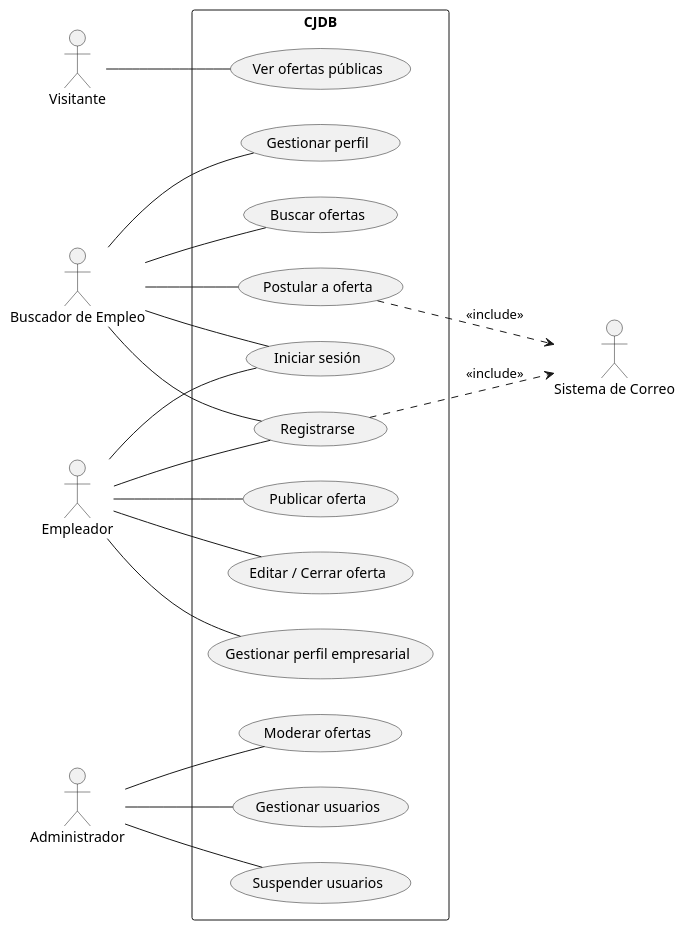
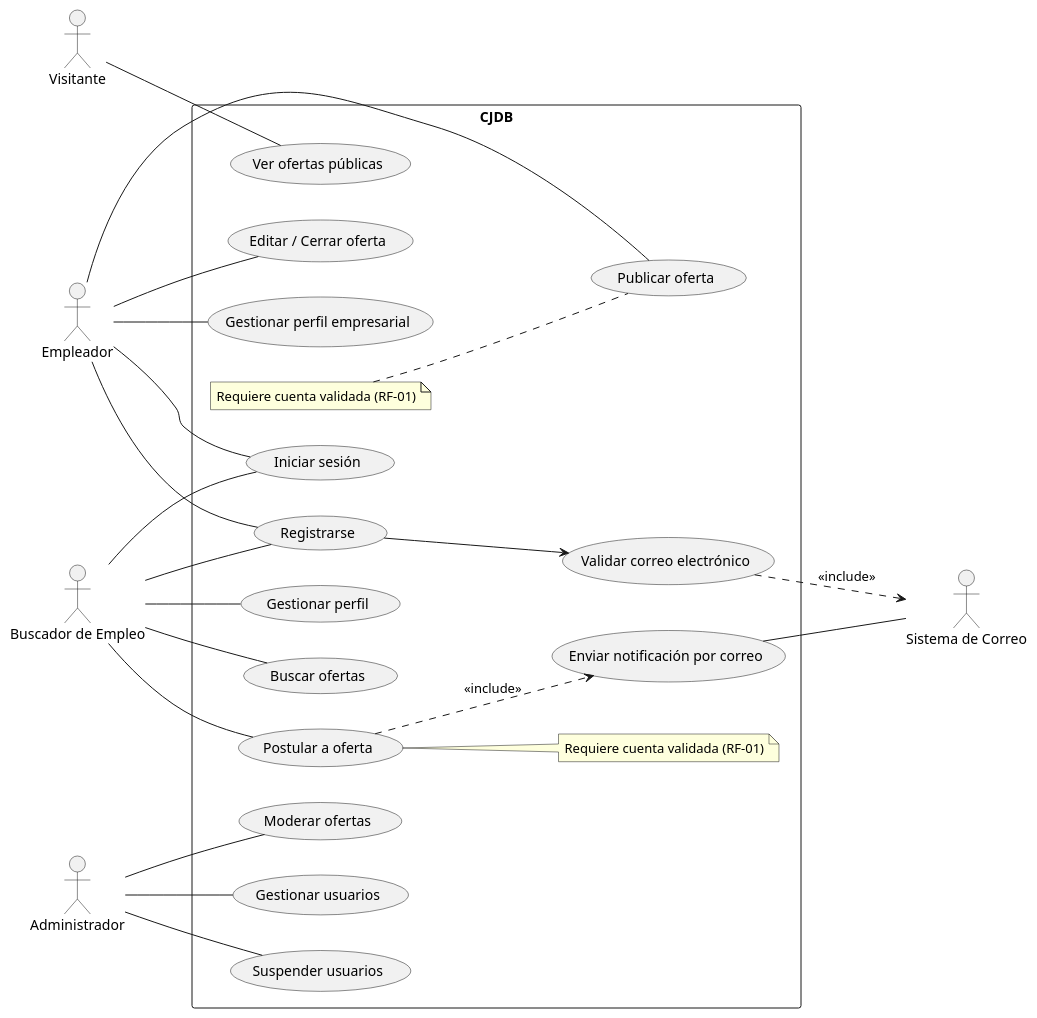
Before and after one commit to AltZeros/cjdb: the diagram in docs/plantUML/useCases/UC-01-general.puml, drawn with PlantUML. The commit also changed 5 other files, not shown here.

Commit message:
chore(ci): trigger PlantUML render workflow

```diff
--- a/docs/plantUML/useCases/UC-01-general.puml
+++ b/docs/plantUML/useCases/UC-01-general.puml
@@ -1,33 +1,41 @@
 @startuml
 left to right direction
 
 actor Visitante
 actor "Buscador de Empleo" as Buscador
 actor Empleador
 actor Administrador
 actor "Sistema de Correo" as Mail
 
 rectangle CJDB {
   Visitante -- (Ver ofertas públicas)
 
   Buscador -- (Registrarse)
   Buscador -- (Iniciar sesión)
   Buscador -- (Buscar ofertas)
   Buscador -- (Postular a oferta)
+  note right of (Postular a oferta) : Requiere cuenta validada (RF-01)
   Buscador -- (Gestionar perfil)
 
   Empleador -- (Registrarse)
   Empleador -- (Iniciar sesión)
   Empleador -- (Publicar oferta)
+  note left of (Publicar oferta) : Requiere cuenta validada (RF-01)
   Empleador -- (Editar / Cerrar oferta)
   Empleador -- (Gestionar perfil empresarial)
 
   Administrador -- (Moderar ofertas)
   Administrador -- (Gestionar usuarios)
   Administrador -- (Suspender usuarios)
+
+  (Validar correo electrónico)
+  (Enviar notificación por correo)
+
+  (Registrarse) --> (Validar correo electrónico)
+  (Validar correo electrónico) ..> Mail : <<include>>
+
+  (Postular a oferta) ..> (Enviar notificación por correo) : <<include>>
+  Mail -- (Enviar notificación por correo)
 }
 
-(Registrarse) ..> Mail : <<include>>
-(Postular a oferta) ..> Mail : <<include>>
-
 @enduml
```
